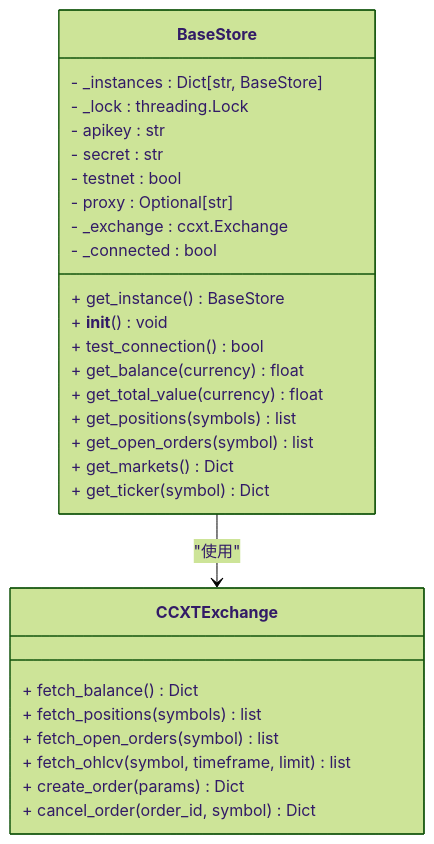
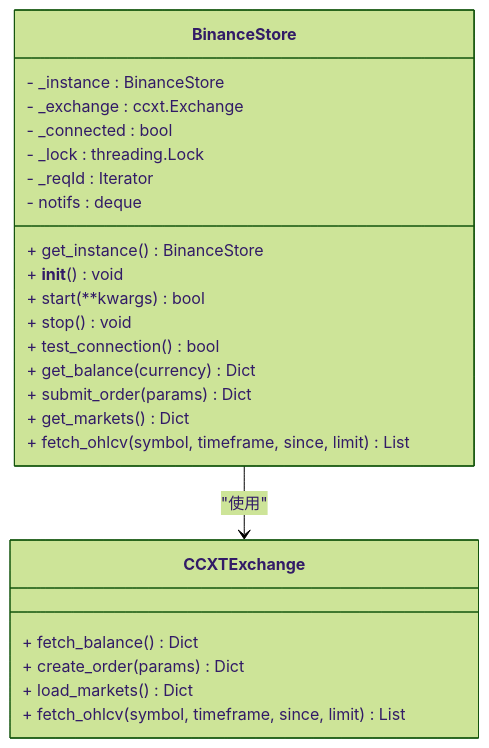
Before and after one commit to bench-prog/backtrader: the third of 7 diagrams in .qoder/repowiki/zh/content/实盘交易模块/Bybit交易所集成/Bybit交易所集成.md, drawn with Mermaid (forest theme). The commit also changed other lines of this file and 23 other files, not shown here.

````diff
--- a/.qoder/repowiki/zh/content/实盘交易模块/Bybit交易所集成/Bybit交易所集成.md
+++ b/.qoder/repowiki/zh/content/实盘交易模块/Bybit交易所集成/Bybit交易所集成.md
@@ -213,31 +203,27 @@
 ```mermaid
 classDiagram
-class BaseStore {
-- _instances : Dict[str, BaseStore]
-- _lock : threading.Lock
-- apikey : str
-- secret : str
-- testnet : bool
-- proxy : Optional[str]
+class BinanceStore {
+- _instance : BinanceStore
 - _exchange : ccxt.Exchange
 - _connected : bool
-+ get_instance() BaseStore
+- _lock : threading.Lock
+- _reqId : Iterator
+- notifs : deque
++ get_instance() BinanceStore
 + __init__() void
++ start(**kwargs) bool
++ stop() void
 + test_connection() bool
-+ get_balance(currency) float
-+ get_total_value(currency) float
-+ get_positions(symbols) list
-+ get_open_orders(symbol) list
++ get_balance(currency) Dict
++ submit_order(params) Dict
 + get_markets() Dict
-+ get_ticker(symbol) Dict
++ fetch_ohlcv(symbol, timeframe, since, limit) List
 }
 class CCXTExchange {
 + fetch_balance() Dict
-+ fetch_positions(symbols) list
-+ fetch_open_orders(symbol) list
-+ fetch_ohlcv(symbol, timeframe, limit) list
 + create_order(params) Dict
-+ cancel_order(order_id, symbol) Dict
++ load_markets() Dict
++ fetch_ohlcv(symbol, timeframe, since, limit) List
 }
-BaseStore --> CCXTExchange : "使用"
+BinanceStore --> CCXTExchange : "使用"
 ```
````
